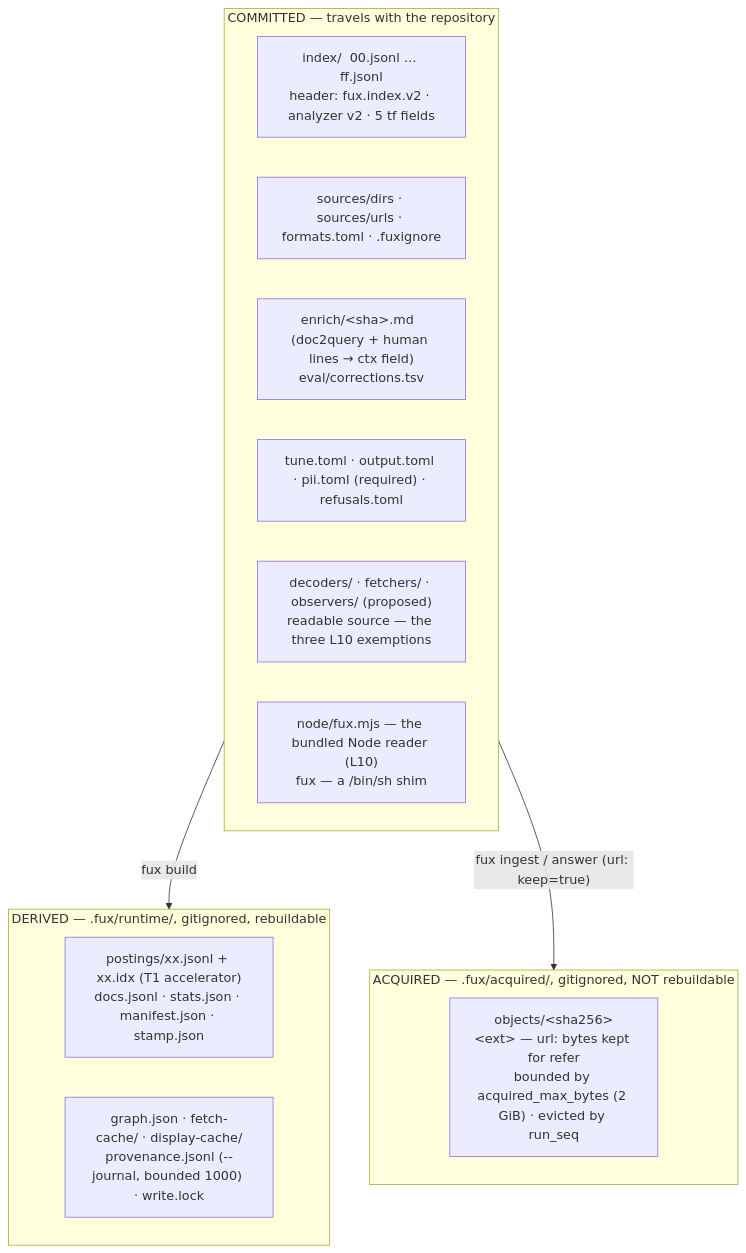
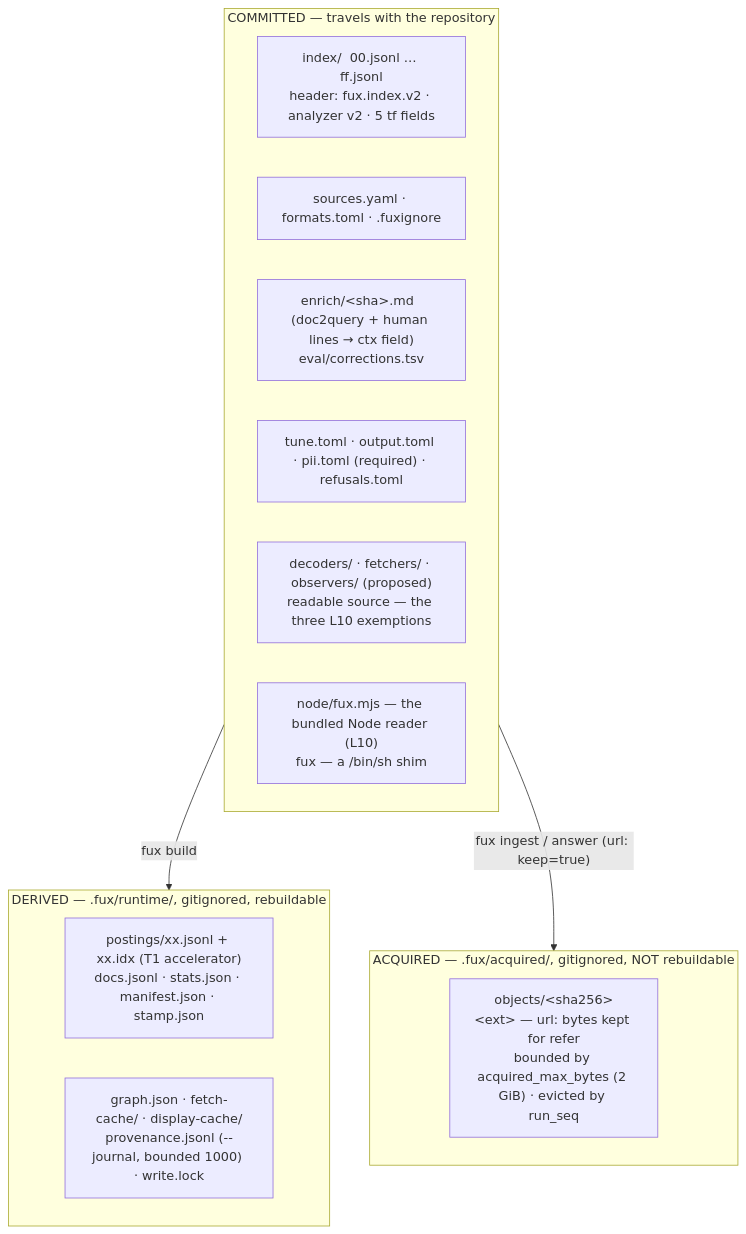
Before and after one commit to arpitarya/fux: the second of 18 diagrams in docs/paper/the-fux-index-paper.md, drawn with Mermaid. The commit also changed other lines of this file and 249 other files, not shown here.

First line of the commit message:
feat(w294): one .fux/sources.yaml; .fuxignore the only exclusion

````diff
--- a/docs/paper/the-fux-index-paper.md
+++ b/docs/paper/the-fux-index-paper.md
@@ -159,20 +159,20 @@
 ```mermaid
 flowchart TB
   subgraph COMMITTED["COMMITTED — travels with the repository"]
     c1["index/  00.jsonl … ff.jsonl<br/>header: fux.index.v2 · analyzer v2 · 5 tf fields"]
-    c2["sources/dirs · sources/urls · formats.toml · .fuxignore"]
+    c2["sources.yaml · formats.toml · .fuxignore"]
     c3["enrich/&lt;sha&gt;.md  (doc2query + human lines → ctx field)<br/>eval/corrections.tsv"]
     c4["tune.toml · output.toml · pii.toml (required) · refusals.toml"]
     c5["decoders/ · fetchers/ · observers/ (proposed)<br/>readable source — the three L10 exemptions"]
     c6["node/fux.mjs — the bundled Node reader (L10)<br/>fux — a /bin/sh shim"]
   end
   subgraph DERIVED["DERIVED — .fux/runtime/, gitignored, rebuildable"]
     d1["postings/xx.jsonl + xx.idx (T1 accelerator)<br/>docs.jsonl · stats.json · manifest.json · stamp.json"]
     d2["graph.json · fetch-cache/ · display-cache/<br/>provenance.jsonl (--journal, bounded 1000) · write.lock"]
   end
   subgraph ACQUIRED["ACQUIRED — .fux/acquired/, gitignored, NOT rebuildable"]
     a1["objects/&lt;sha256&gt;&lt;ext&gt; — url: bytes kept for refer<br/>bounded by acquired_max_bytes (2 GiB) · evicted by run_seq"]
   end
   COMMITTED -- "fux build" --> DERIVED
   COMMITTED -- "fux ingest / answer (url: keep=true)" --> ACQUIRED
 ```
````
